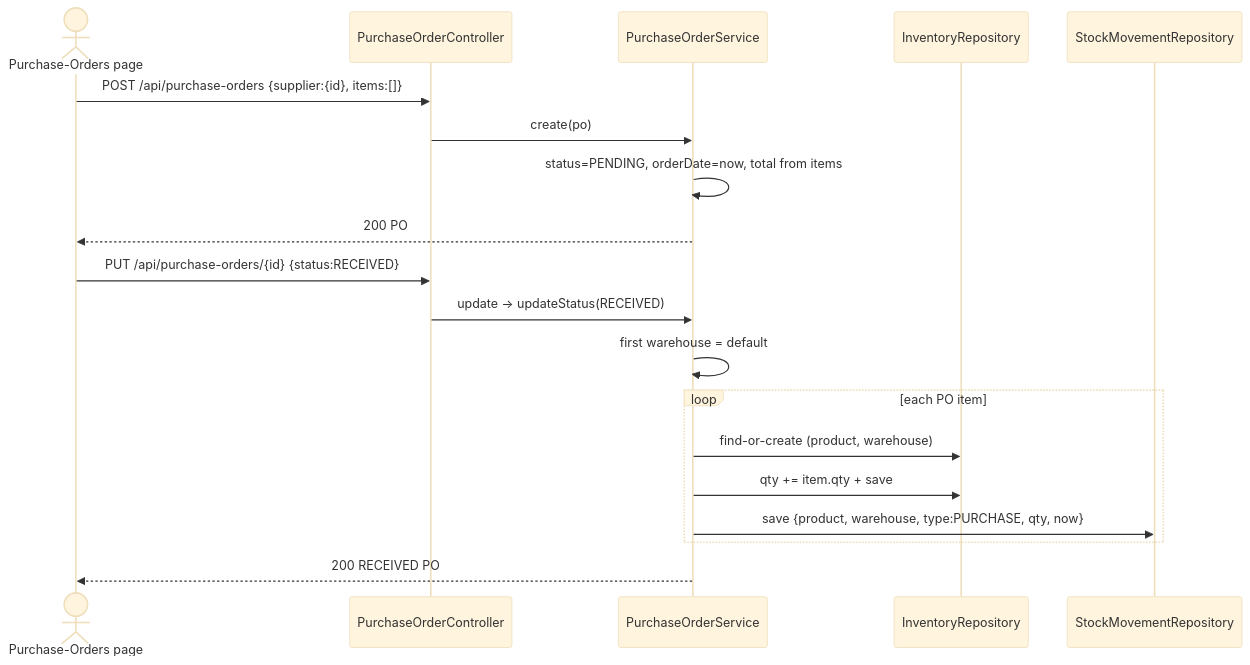
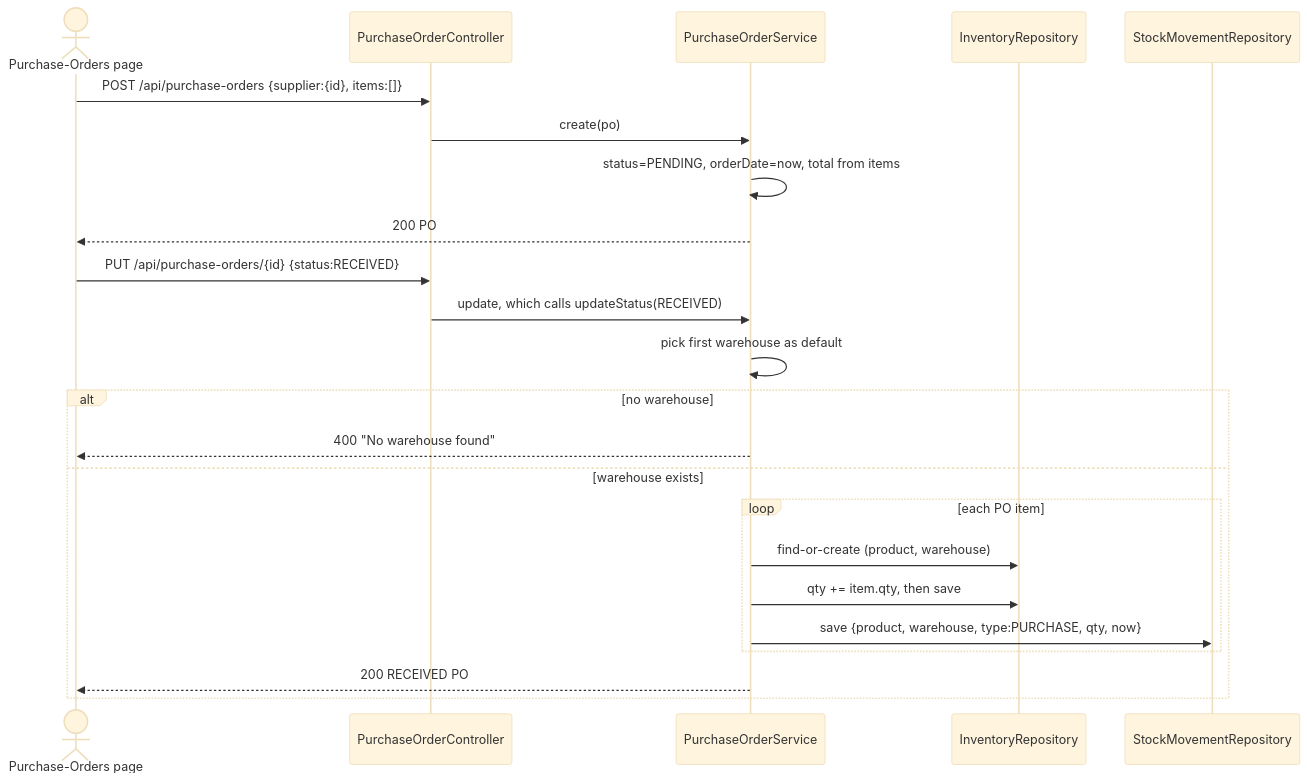
Before and after one commit to shahidansari311/retail-inventory: the sixth of 7 diagrams in backend/README.md, drawn with Mermaid (base theme). The commit also changed other lines of this file, not shown here.

````diff
--- a/backend/README.md
+++ b/backend/README.md
@@ -272,21 +273,25 @@
 ```mermaid
 sequenceDiagram
   actor U as Purchase-Orders page
   participant PC as PurchaseOrderController
   participant PS as PurchaseOrderService
   participant INV as InventoryRepository
   participant SM as StockMovementRepository
   U->>PC: POST /api/purchase-orders {supplier:{id}, items:[]}
   PC->>PS: create(po)
   PS->>PS: status=PENDING, orderDate=now, total from items
   PS-->>U: 200 PO
   U->>PC: PUT /api/purchase-orders/{id} {status:RECEIVED}
-  PC->>PS: update → updateStatus(RECEIVED)
-  PS->>PS: first warehouse = default
-  loop each PO item
-    PS->>INV: find-or-create (product, warehouse)
-    PS->>INV: qty += item.qty + save
-    PS->>SM: save {product, warehouse, type:PURCHASE, qty, now}
+  PC->>PS: update, which calls updateStatus(RECEIVED)
+  PS->>PS: pick first warehouse as default
+  alt no warehouse
+    PS-->>U: 400 "No warehouse found"
+  else warehouse exists
+    loop each PO item
+      PS->>INV: find-or-create (product, warehouse)
+      PS->>INV: qty += item.qty, then save
+      PS->>SM: save {product, warehouse, type:PURCHASE, qty, now}
+    end
+    PS-->>U: 200 RECEIVED PO
   end
-  PS-->>U: 200 RECEIVED PO
 ```
````
